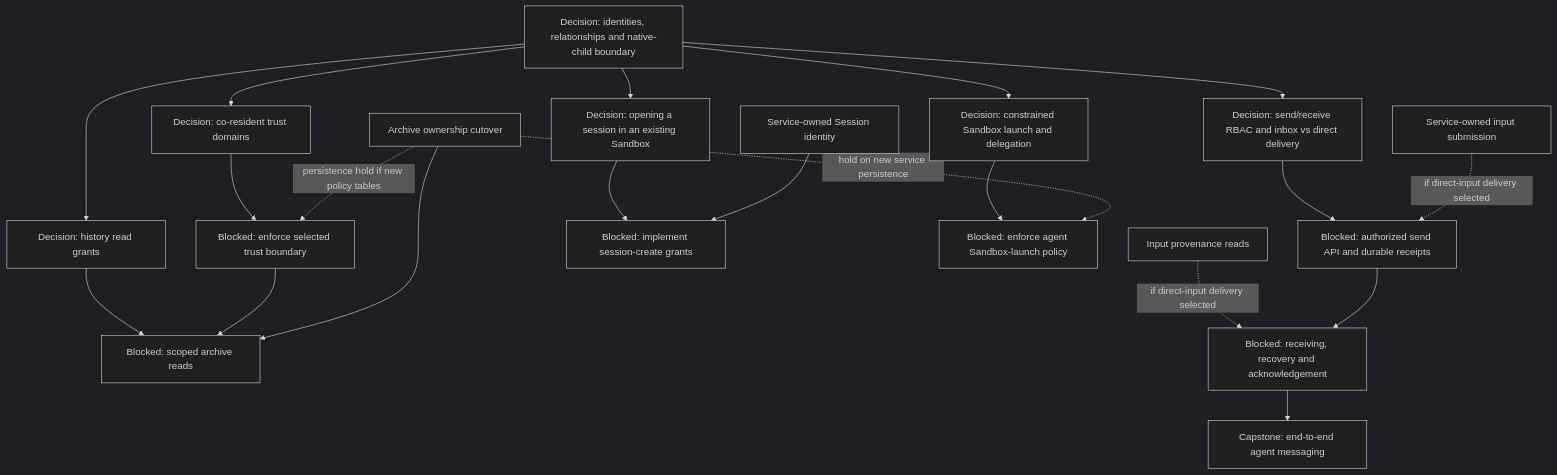
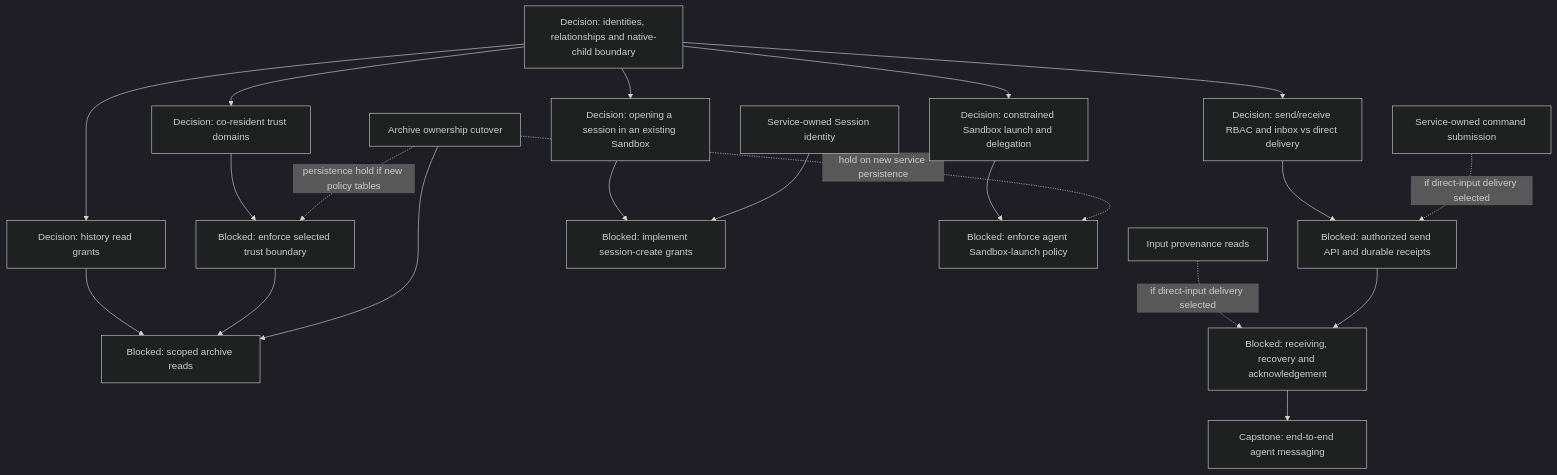
Before and after one commit to agentydragon-agent/ducktape: the fifth of 7 diagrams in agentplane/plans/task_dag.md, drawn with Mermaid (dark theme). The commit also changed other lines of this file and 3 other files, not shown here.

Commit message:
docs(agentplane): sequence command admission with runner dial-out

````diff
--- a/agentplane/plans/task_dag.md
+++ b/agentplane/plans/task_dag.md
@@ -312,36 +361,36 @@
 ```mermaid
 flowchart TD
     MULTIAGENT_MODEL[Decision: identities, relationships and native-child boundary]
     THREAD_READ_POLICY_DESIGN[Decision: history read grants]
     SANDBOX_COMPARTMENT_DESIGN[Decision: co-resident trust domains]
     SANDBOX_COMPARTMENT_BOUNDARY[Blocked: enforce selected trust boundary]
     THREAD_ARCHIVE_OWNERSHIP[Archive ownership cutover]
     THREAD_READ_POLICY[Blocked: scoped archive reads]
     AGENT_MESSAGING_DESIGN[Decision: send/receive RBAC and inbox vs direct delivery]
     AGENT_MESSAGE_INGRESS[Blocked: authorized send API and durable receipts]
     AGENT_MESSAGE_RECEPTION[Blocked: receiving, recovery and acknowledgement]
     AGENT_MESSAGING[Capstone: end-to-end agent messaging]
     THREAD_CREATE_POLICY[Decision: opening a session in an existing Sandbox]
     THREAD_CREATE_AUTHORIZATION[Blocked: implement session-create grants]
     AGENT_LAUNCH_POLICY_DESIGN[Decision: constrained Sandbox launch and delegation]
     AGENT_SANDBOX_LAUNCH[Blocked: enforce agent Sandbox-launch policy]
     MULTIAGENT_MODEL --> THREAD_READ_POLICY_DESIGN
     MULTIAGENT_MODEL --> SANDBOX_COMPARTMENT_DESIGN
     MULTIAGENT_MODEL --> AGENT_MESSAGING_DESIGN
     MULTIAGENT_MODEL --> THREAD_CREATE_POLICY
     MULTIAGENT_MODEL --> AGENT_LAUNCH_POLICY_DESIGN
     SANDBOX_COMPARTMENT_DESIGN --> SANDBOX_COMPARTMENT_BOUNDARY
     THREAD_READ_POLICY_DESIGN --> THREAD_READ_POLICY
     SANDBOX_COMPARTMENT_BOUNDARY --> THREAD_READ_POLICY
     THREAD_ARCHIVE_OWNERSHIP --> THREAD_READ_POLICY
     THREAD_ARCHIVE_OWNERSHIP -. persistence hold if new policy tables .-> SANDBOX_COMPARTMENT_BOUNDARY
     AGENT_MESSAGING_DESIGN --> AGENT_MESSAGE_INGRESS
-    SESSION_INPUT_SUBMISSION[Service-owned input submission] -. if direct-input delivery selected .-> AGENT_MESSAGE_INGRESS
+    SESSION_COMMAND_SUBMISSION[Service-owned command submission] -. if direct-input delivery selected .-> AGENT_MESSAGE_INGRESS
     SESSION_INPUT_METADATA_READ[Input provenance reads] -. if direct-input delivery selected .-> AGENT_MESSAGE_RECEPTION
     AGENT_MESSAGE_INGRESS --> AGENT_MESSAGE_RECEPTION
     AGENT_MESSAGE_RECEPTION --> AGENT_MESSAGING
     THREAD_CREATE_POLICY --> THREAD_CREATE_AUTHORIZATION
     THREAD_IDENTITY_NEW[Service-owned Session identity] --> THREAD_CREATE_AUTHORIZATION
     AGENT_LAUNCH_POLICY_DESIGN --> AGENT_SANDBOX_LAUNCH
     THREAD_ARCHIVE_OWNERSHIP -. hold on new service persistence .-> AGENT_SANDBOX_LAUNCH
 ```
````
